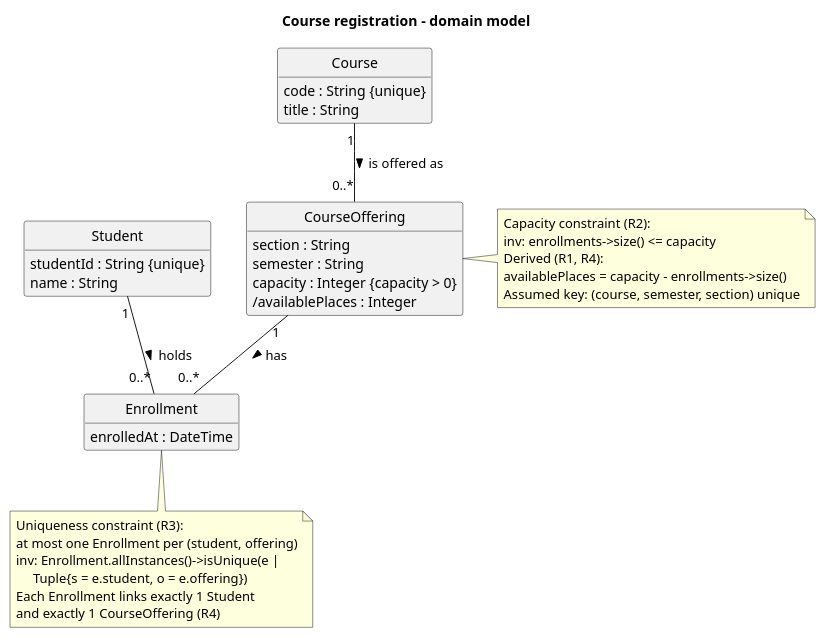
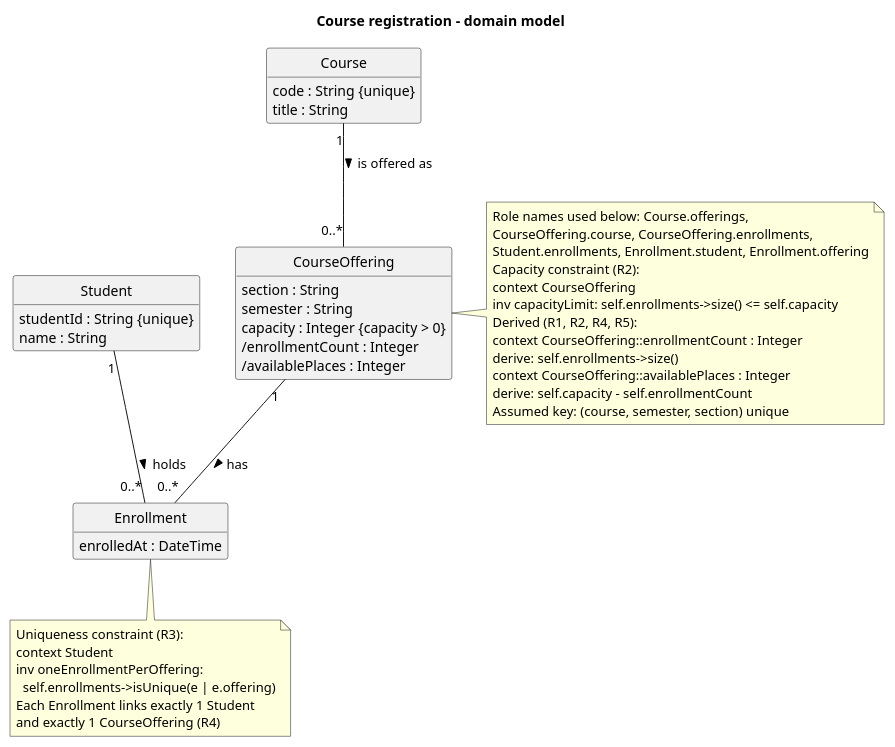
Before and after one commit to Anzaraa/se-practice: the diagram in sis-02/models/classes.puml, drawn with PlantUML. The commit also changed 8 other files, not shown here.

```diff
--- a/sis-02/models/classes.puml
+++ b/sis-02/models/classes.puml
@@ -1,47 +1,55 @@
 @startuml
 title Course registration - domain model
 hide methods
 hide circle
 
 class Student {
   studentId : String {unique}
   name : String
 }
 
 class Course {
   code : String {unique}
   title : String
 }
 
 class CourseOffering {
   section : String
   semester : String
   capacity : Integer {capacity > 0}
+  /enrollmentCount : Integer
   /availablePlaces : Integer
 }
 
 class Enrollment {
   enrolledAt : DateTime
 }
 
 Course "1" -- "0..*" CourseOffering : is offered as >
 Student "1" -- "0..*" Enrollment : holds >
 CourseOffering "1" -- "0..*" Enrollment : has >
 
 note right of CourseOffering
+  Role names used below: Course.offerings,
+  CourseOffering.course, CourseOffering.enrollments,
+  Student.enrollments, Enrollment.student, Enrollment.offering
   Capacity constraint (R2):
-  inv: enrollments->size() <= capacity
-  Derived (R1, R4):
-  availablePlaces = capacity - enrollments->size()
+  context CourseOffering
+  inv capacityLimit: self.enrollments->size() <= self.capacity
+  Derived (R1, R2, R4, R5):
+  context CourseOffering::enrollmentCount : Integer
+  derive: self.enrollments->size()
+  context CourseOffering::availablePlaces : Integer
+  derive: self.capacity - self.enrollmentCount
   Assumed key: (course, semester, section) unique
 end note
 
 note bottom of Enrollment
   Uniqueness constraint (R3):
-  at most one Enrollment per (student, offering)
-  inv: Enrollment.allInstances()->isUnique(e |
-       Tuple{s = e.student, o = e.offering})
+  context Student
+  inv oneEnrollmentPerOffering:
+    self.enrollments->isUnique(e | e.offering)
   Each Enrollment links exactly 1 Student
   and exactly 1 CourseOffering (R4)
 end note
 @enduml
```
